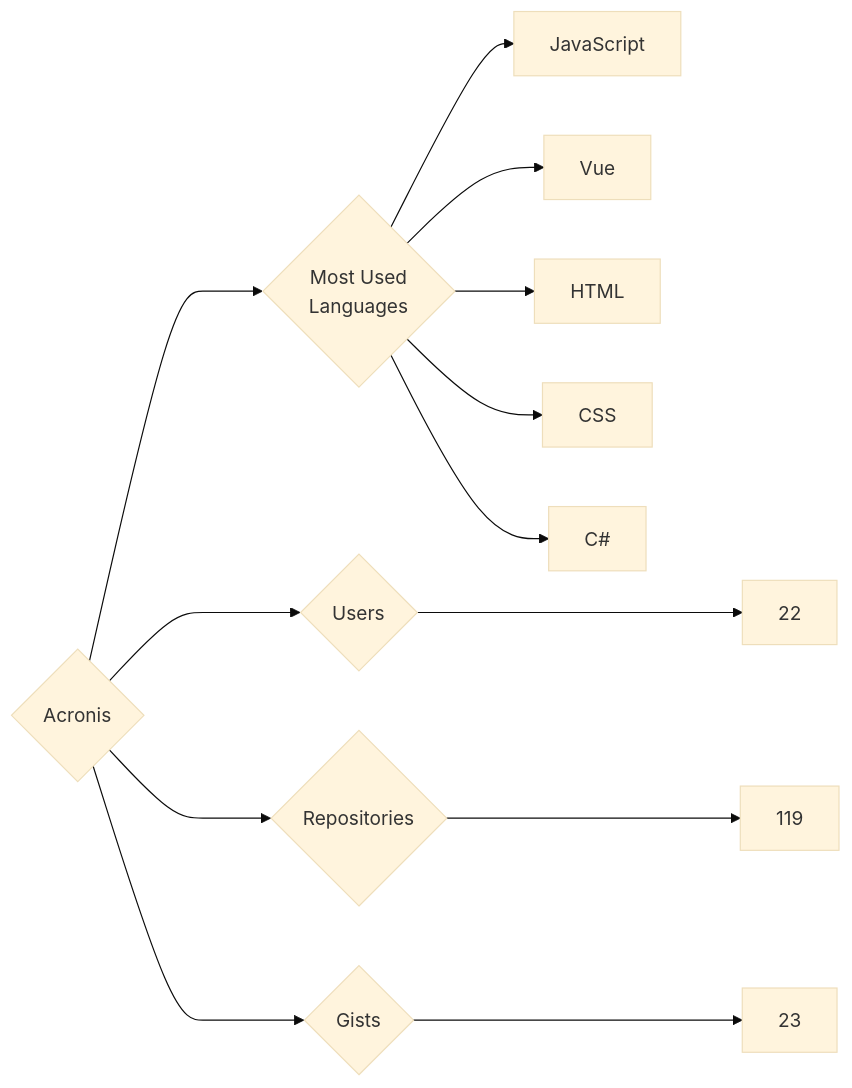
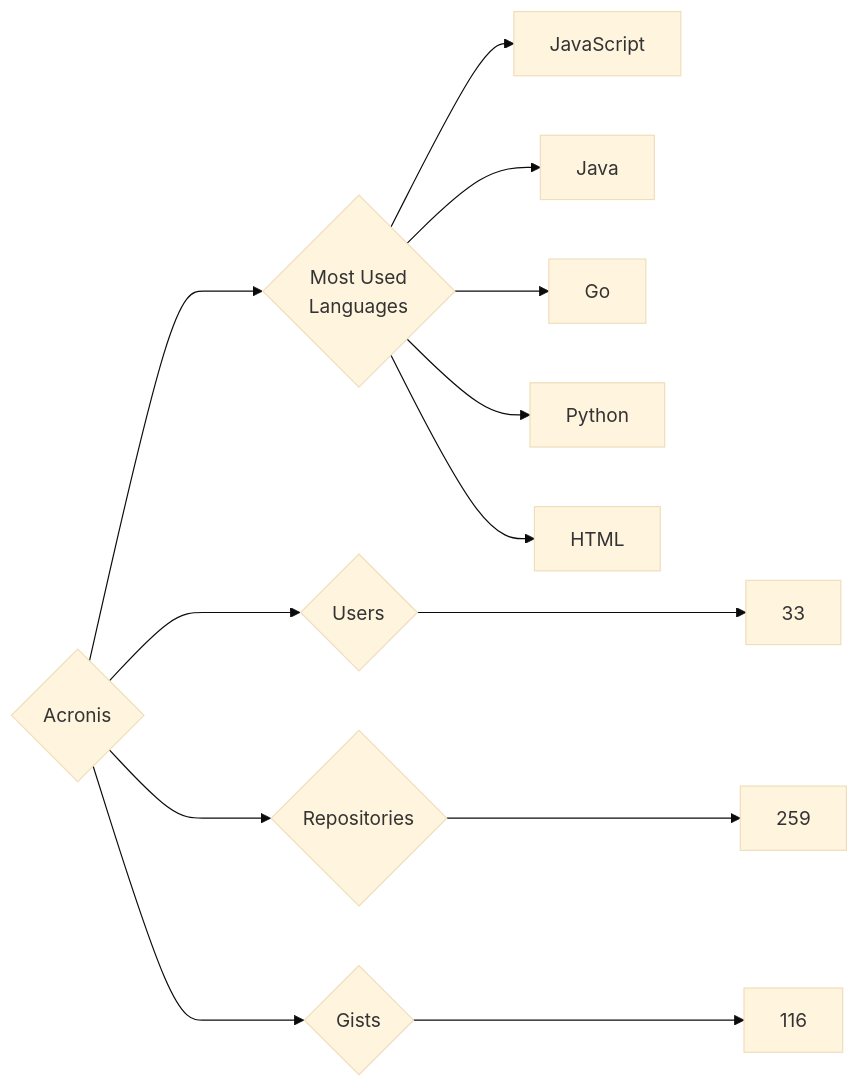
One commit to trickest/insiders changed the diagram in targets/Acronis/README.md. Above: the diagram before and after it, drawn with Mermaid (base theme). The commit also changed 750 other files, not shown here.

````diff
--- a/targets/Acronis/README.md
+++ b/targets/Acronis/README.md
@@ -3,13 +3,13 @@
 ```mermaid
 graph LR
 COMPANY_NAME{Acronis}
-COMPANY_NAME ---> U{Users} ---> UN[22]
-COMPANY_NAME ---> R{Repositories} ---> RN[119]
-COMPANY_NAME ---> G{Gists} ---> GN[23]
+COMPANY_NAME ---> U{Users} ---> UN[33]
+COMPANY_NAME ---> R{Repositories} ---> RN[259]
+COMPANY_NAME ---> G{Gists} ---> GN[116]
 COMPANY_NAME ---> ML{Most Used<br>Languages}
 ML --> JavaScript[JavaScript]
-ML --> Vue[Vue]
+ML --> Java[Java]
+ML --> Go[Go]
+ML --> Python[Python]
 ML --> HTML[HTML]
-ML --> CSS[CSS]
-ML --> C#[C#]
 ```
````
